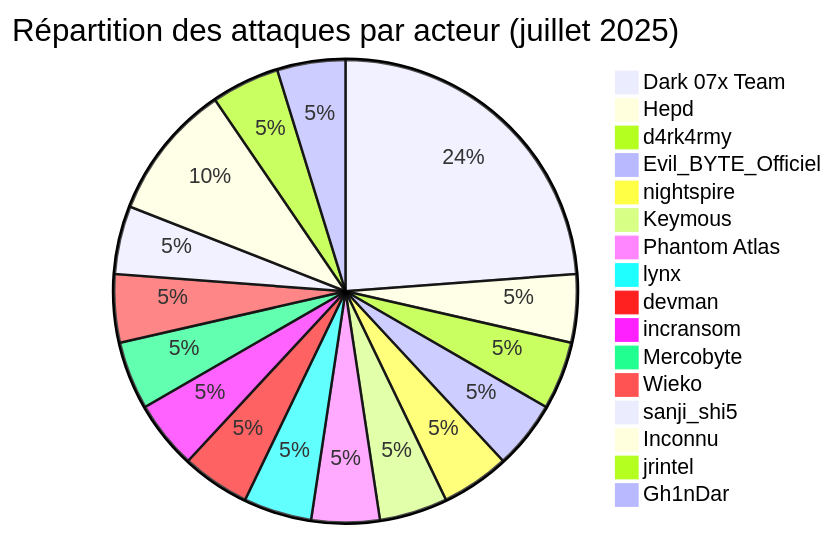
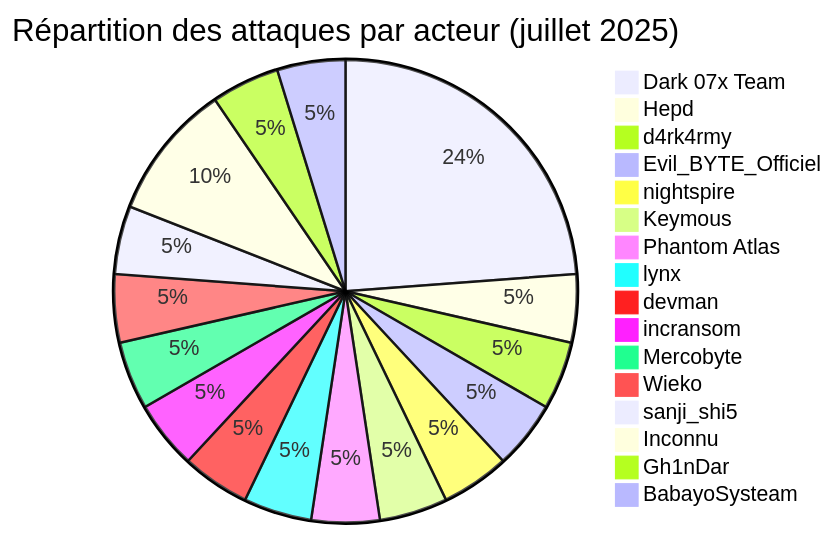
One commit to Hatchepsoute/AFRINTEL changed the first of 6 diagrams in CyberAttackAfrica/2025/07-july/README_FR.md. Above: the diagram before and after it, drawn with Mermaid. The commit also changed other lines of this file and 112 other files, not shown here.

````diff
--- a/CyberAttackAfrica/2025/07-july/README_FR.md
+++ b/CyberAttackAfrica/2025/07-july/README_FR.md
@@ -42,19 +42,19 @@
 ```mermaid
 pie title Répartition des attaques par acteur (juillet 2025)
     "Dark 07x Team" : 5
     "Hepd" : 1
     "d4rk4rmy" : 1
     "Evil_BYTE_Officiel" : 1
     "nightspire" : 1
     "Keymous" : 1
     "Phantom Atlas" : 1
     "lynx" : 1
     "devman" : 1
     "incransom" : 1
     "Mercobyte" : 1
     "Wieko" : 1
     "sanji_shi5" : 1
     "Inconnu" : 2
-    "jrintel" : 1
     "Gh1nDar" : 1
+    "BabayoSysteam" : 1
 ```
````
